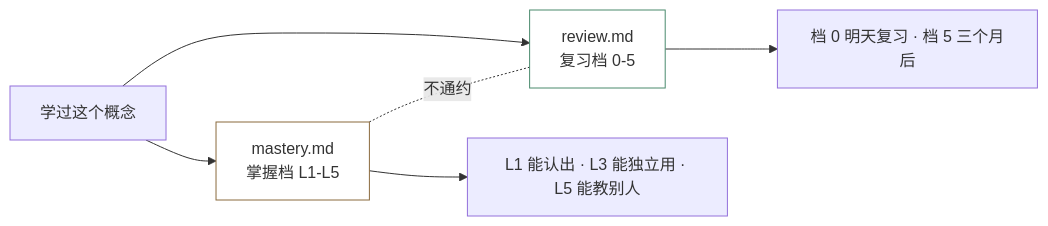
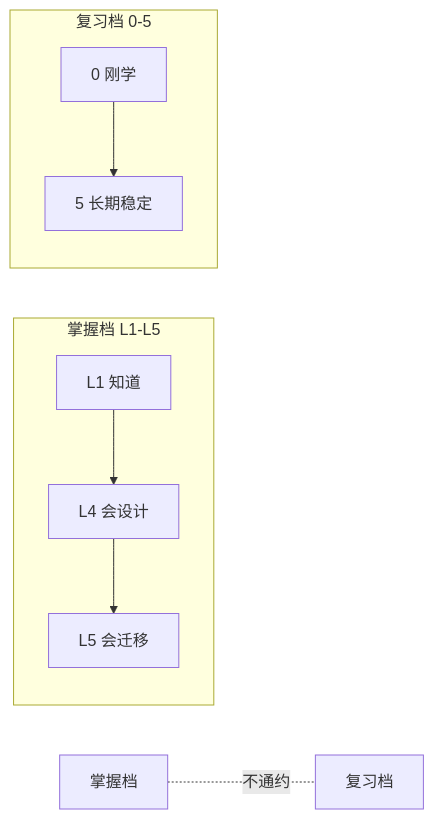
The fifth of 5 diagrams in README.md (Asaceoo/learn-system-skills), drawn with Mermaid before and after one commit. The commit also changed other lines of this file and 10 other files, not shown here.

First line of the commit message:
learn-system v0.8.7: 第十轮对抗性审查（图型语法 + 坐标库）

````diff
--- a/README.md
+++ b/README.md
@@ -114,10 +121,11 @@
 ```mermaid
-graph LR
-    P["学过这个概念"] --> K["mastery.md<br/>掌握档 L1-L5"]
-    P --> R["review.md<br/>复习档 0-5"]
-    K --> K1["L1 能认出 · L3 能独立用 · L5 能教别人"]
-    R --> R1["档 0 明天复习 · 档 5 三个月后"]
-    K -. 不通约 .- R
-    style K fill:#fff,stroke:#8a6a3d
-    style R fill:#fff,stroke:#4a8a6d
+flowchart LR
+    subgraph 掌握档 L1-L5
+        M1["L1 知道"] --> M4["L4 会设计"]
+        M4 --> M5["L5 会迁移"]
+    end
+    subgraph 复习档 0-5
+        R0["0 刚学"] --> R5["5 长期稳定"]
+    end
+    掌握档 -. 不通约 .- 复习档
 ```
````
